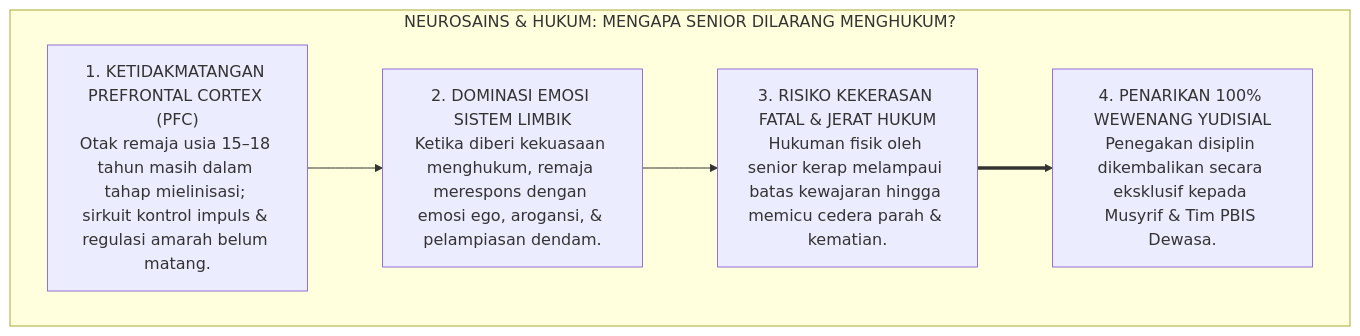
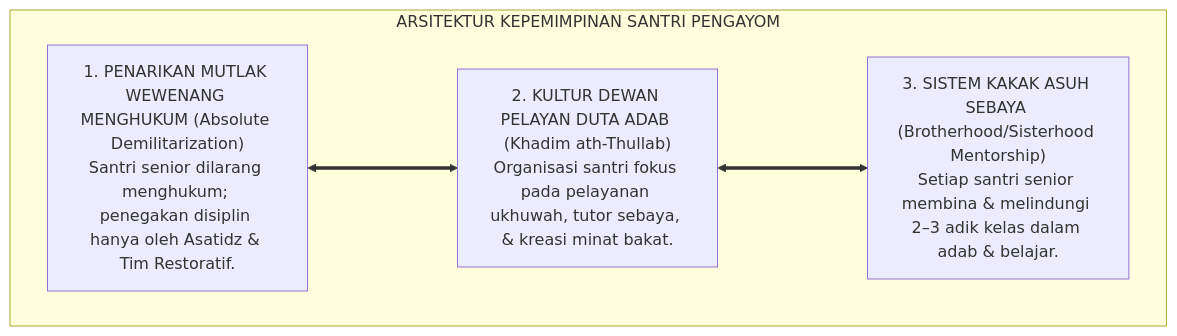
The second of 4 diagrams in 01 Philosophy/05 Leadership/P1-05-03-Kaderisasi-dan-Kepemimpinan-Santri.md (wandiapriliyandi/tumbuh), drawn with Mermaid before and after one commit. The commit also changed other lines of this file and 7 other files, not shown here.

````diff
--- a/01 Philosophy/05 Leadership/P1-05-03-Kaderisasi-dan-Kepemimpinan-Santri.md
+++ b/01 Philosophy/05 Leadership/P1-05-03-Kaderisasi-dan-Kepemimpinan-Santri.md
@@ -110,14 +118,13 @@
 ```mermaid
-graph TD
-    subgraph AlasanPenarikanWewenangHukuman["NEUROSAINS & HUKUM: MENGAPA SENIOR DILARANG MENGHUKUM?"]
-        Otak["1. KETIDAKMATANGAN PREFRONTAL CORTEX (PFC)<br/>Otak remaja usia 15–18 tahun masih dalam tahap mielinisasi; sirkuit kontrol impuls & regulasi amarah belum matang."]
+flowchart TD
+    subgraph ArsitekturKaderisasiSantriTUMBUH["ARSITEKTUR KEPEMIMPINAN SANTRI PENGAYOM"]
         
-        Amigdala["2. DOMINASI EMOSI SISTEM LIMBIK<br/>Ketika diberi kekuasaan menghukum, remaja merespons dengan emosi ego, arogansi, & pelampiasan dendam."]
+        K1_Santri["1. PENARIKAN MUTLAK WEWENANG MENGHUKUM (Absolute Demilitarization)<br/>Santri senior dilarang menghukum; penegakan disiplin hanya oleh Asatidz & Tim Restoratif."]
         
-        Tragedi["3. RISIKO KEKERASAN FATAL & JERAT HUKUM<br/>Hukuman fisik oleh senior kerap melampaui batas kewajaran hingga memicu cedera parah & kematian."]
+        K2_Santri["2. KULTUR DEWAN PELAYAN DUTA ADAB (Khadim ath-Thullab)<br/>Organisasi santri fokus pada pelayanan ukhuwah, tutor sebaya, & kreasi minat bakat."]
         
-        Solusi["4. PENARIKAN 100% WEWENANG YUDISIAL<br/>Penegakan disiplin dikembalikan secara eksklusif kepada Musyrif & Tim PBIS Dewasa."]
+        K3_Santri["3. SISTEM KAKAK ASUH SEBAYA (Brotherhood/Sisterhood Mentorship)<br/>Setiap santri senior membina & melindungi 2–3 adik kelas dalam adab & belajar."]
         
-        Otak --> Amigdala --> Tragedi ==> Solusi
+        K1_Santri <===> K2_Santri <===> K3_Santri
     end
 ```
````
